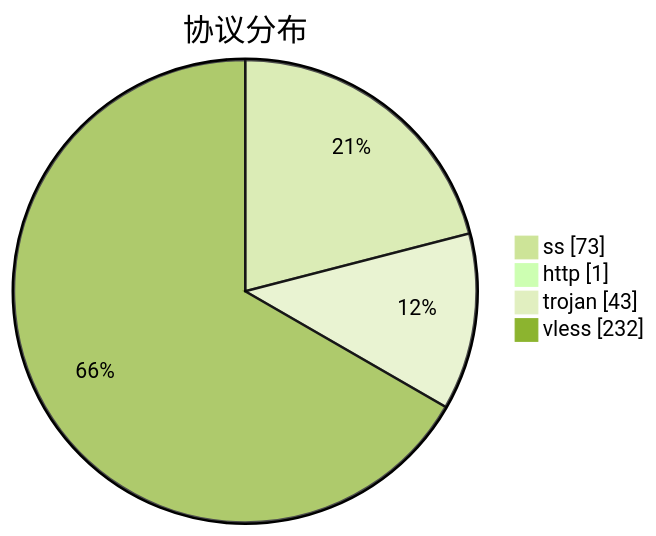
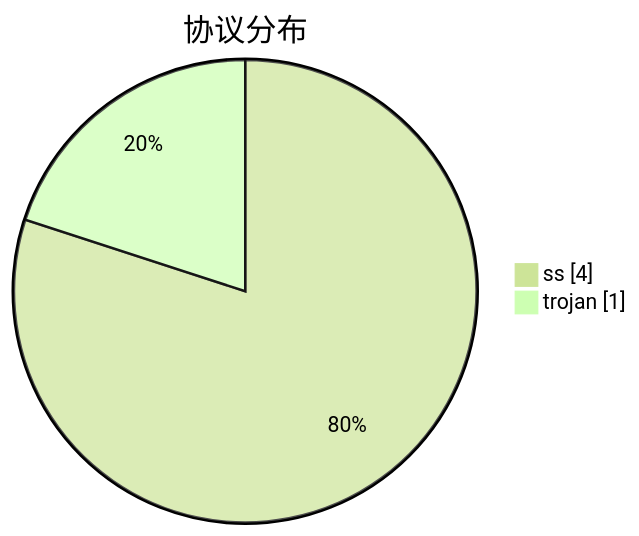
The third of 3 diagrams in subs/statistics/tested_within.md (qjlxg/airport), drawn with Mermaid (forest theme) before and after one commit. The commit also changed other lines of this file and 2 other files, not shown here.

````diff
--- a/subs/statistics/tested_within.md
+++ b/subs/statistics/tested_within.md
@@ -21,8 +13,6 @@
 ```mermaid
 pie showData
 title 协议分布
-"ss" : 73
-"http" : 1
-"trojan" : 43
-"vless" : 232
+"ss" : 4
+"trojan" : 1
 ```
````
